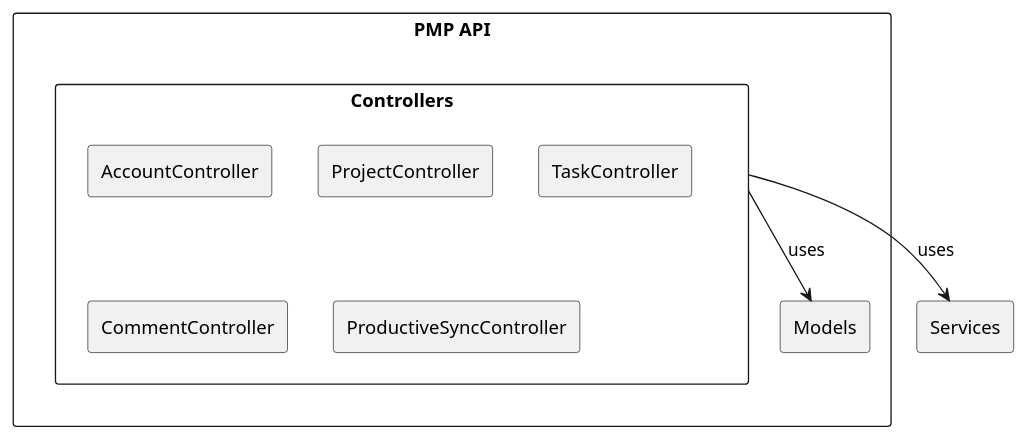
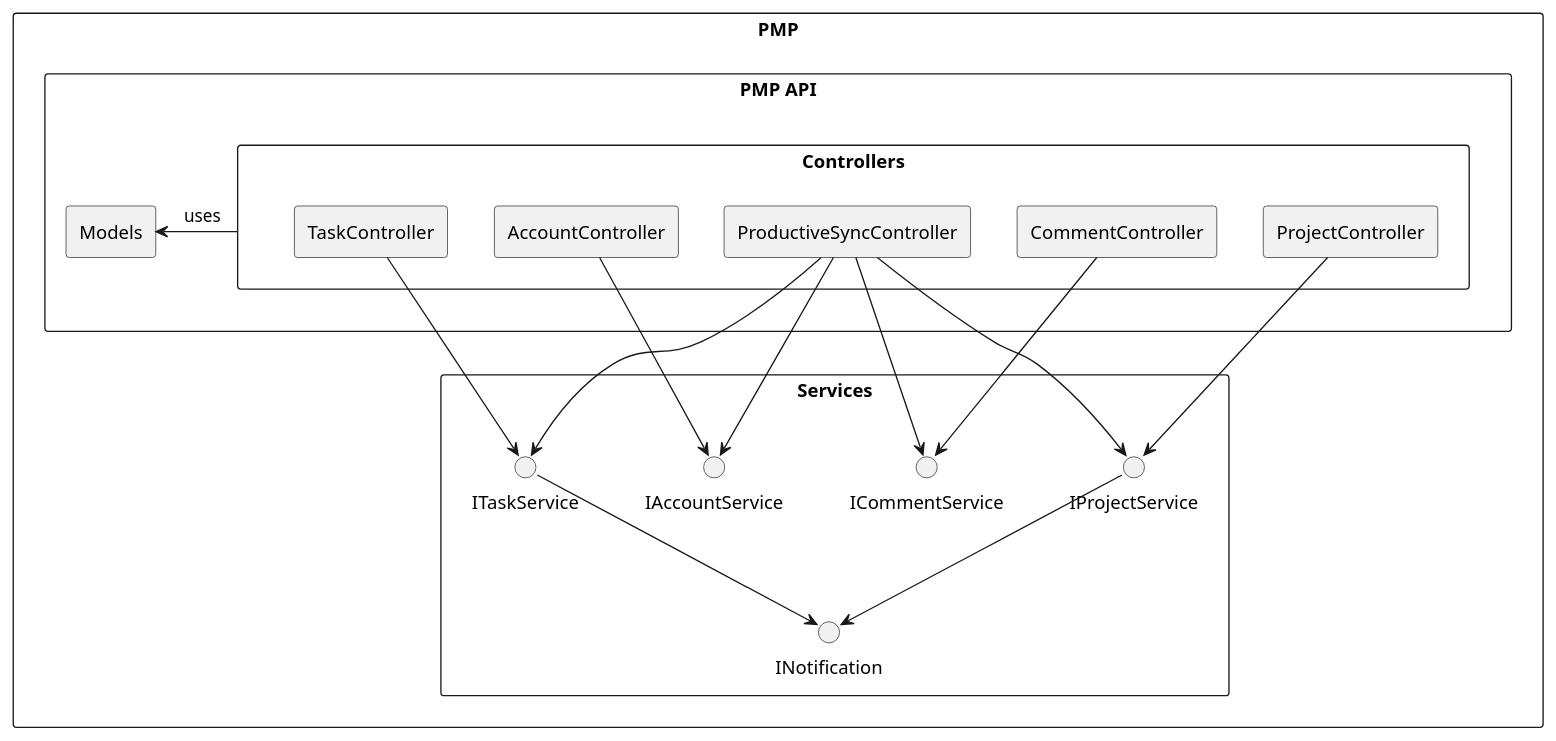
Before and after one commit to DCReceveur/pre-afstudeer-docs: the fourth of 11 diagrams in Documentatie/SoftwareArchitectureDocument.md, drawn with PlantUML. The commit also changed other lines of this file and 3 other files, not shown here.

````diff
--- a/Documentatie/SoftwareArchitectureDocument.md
+++ b/Documentatie/SoftwareArchitectureDocument.md
@@ -134,17 +141,36 @@
 ```plantuml
+rectangle PMP{
 rectangle "PMP API"{
     rectangle "Controllers"{
         rectangle "AccountController"
         rectangle "ProjectController"
         rectangle "TaskController"
         rectangle "CommentController"
         rectangle "ProductiveSyncController"
     }
     rectangle "Models"
 }
     rectangle "Services"{
+        interface "INotification"
+        interface "IAccountService"
+        interface "ITaskService"
+        ' rectangle TaskService
+        interface "IProjectService"
+        ' rectangle ProjectService
+        interface "ICommentService"
+
     }
-    Controllers --> Services : uses
-    Controllers --> Models : uses
+}
+    Controllers -[norank]-> Models : uses
+    AccountController --> IAccountService
+    TaskController --> ITaskService
+    ProjectController --> IProjectService
+    CommentController --> ICommentService
+    ITaskService --> INotification
+    IProjectService --> INotification
+    ProductiveSyncController --> IProjectService
+    ProductiveSyncController --> ITaskService
+    ProductiveSyncController --> ICommentService
+    ProductiveSyncController --> IAccountService
 
 ```
````
